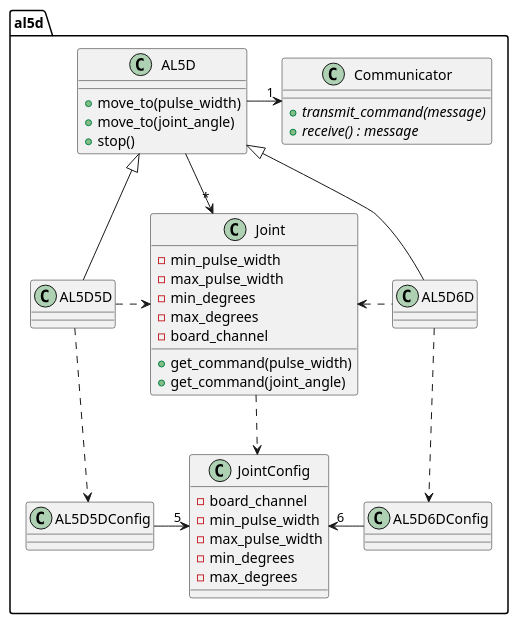
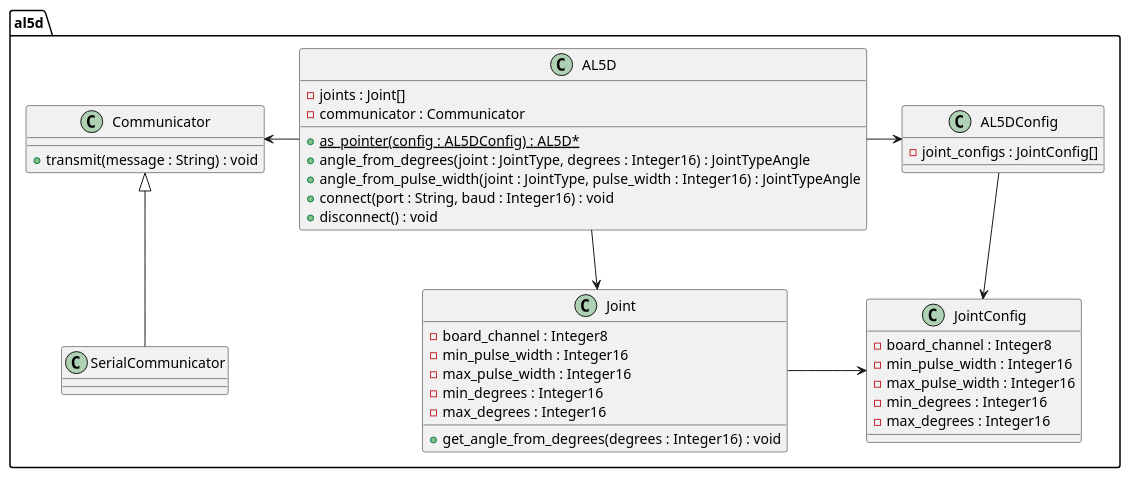
One commit to bscp/al5d_cpp changed the diagram in doc/class_design.puml. Above: the diagram before and after it, drawn with PlantUML. The commit also changed 8 other files, not shown here.

```diff
--- a/doc/class_design.puml
+++ b/doc/class_design.puml
@@ -1,46 +1,47 @@
 @startuml
 
 namespace al5d {
     class AL5D {
-        + move_to(pulse_width)
-        + move_to(joint_angle)
-        + stop()
+        - joints : Joint[]
+        - communicator : Communicator
+        + {static} as_pointer(config : AL5DConfig) : AL5D*
+        + angle_from_degrees(joint : JointType, degrees : Integer16) : JointTypeAngle
+        + angle_from_pulse_width(joint : JointType, pulse_width : Integer16) : JointTypeAngle
+        + connect(port : String, baud : Integer16) : void
+        + disconnect() : void
     }
-    
+
+    class Joint {
+        - board_channel : Integer8
+        - min_pulse_width : Integer16
+        - max_pulse_width : Integer16
+        - min_degrees : Integer16
+        - max_degrees : Integer16
+        + get_angle_from_degrees(degrees : Integer16) : void
+    }
+
+    class AL5DConfig {
+        - joint_configs : JointConfig[]
+    }
+
     class JointConfig {
-        - board_channel
-        - min_pulse_width
-        - max_pulse_width
-        - min_degrees
-        - max_degrees
+        - board_channel : Integer8
+        - min_pulse_width : Integer16
+        - max_pulse_width : Integer16
+        - min_degrees : Integer16
+        - max_degrees : Integer16
     }
-    
+
     class Communicator {
-        + //transmit_command(message)//
-        + //receive() : message//
+        + transmit(message : String) : void
     }
-    
-    class Joint {
-        - min_pulse_width
-        - max_pulse_width
-        - min_degrees
-        - max_degrees
-        - board_channel
-        + get_command(pulse_width)
-        + get_command(joint_angle)
-    }
-    
-    AL5D -> "1" Communicator
-    AL5D --> "*" Joint
-    Joint ..> JointConfig
-    AL5D <|-- AL5D5D
-    AL5D <|-- AL5D6D
-    AL5D5D ..> AL5D5DConfig
-    AL5D6D ..> AL5D6DConfig
-    AL5D5DConfig -> "5" JointConfig
-    JointConfig "6" <- AL5D6DConfig
-    Joint <. AL5D6D
-    AL5D5D .> Joint
+
+    AL5D -> Joint
+    Communicator <- AL5D
+    Communicator <|-- SerialCommunicator
+    AL5D -> AL5DConfig
+    Joint -> JointConfig
+    AL5DConfig --> JointConfig
 }
 
 @enduml
```
